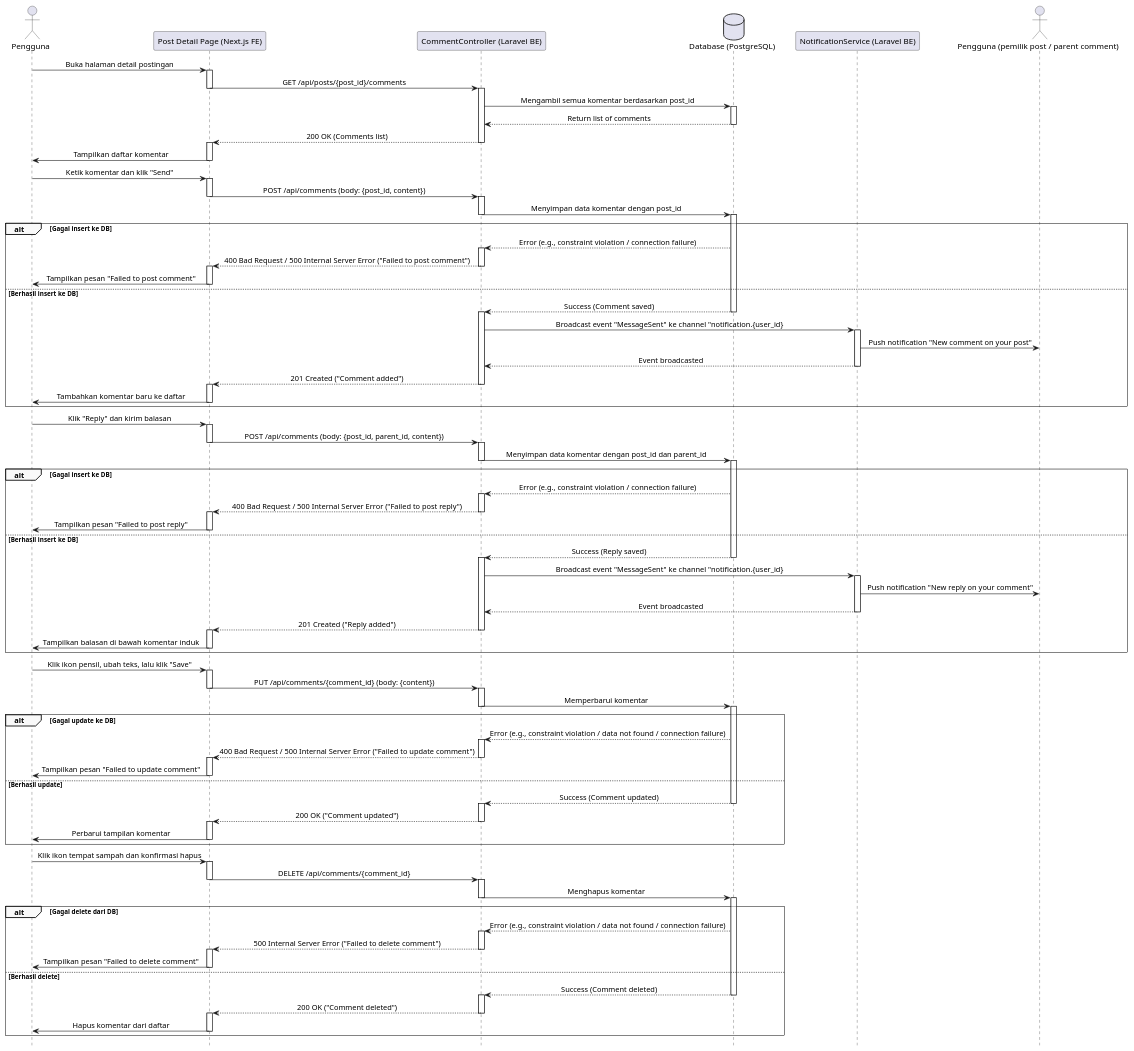
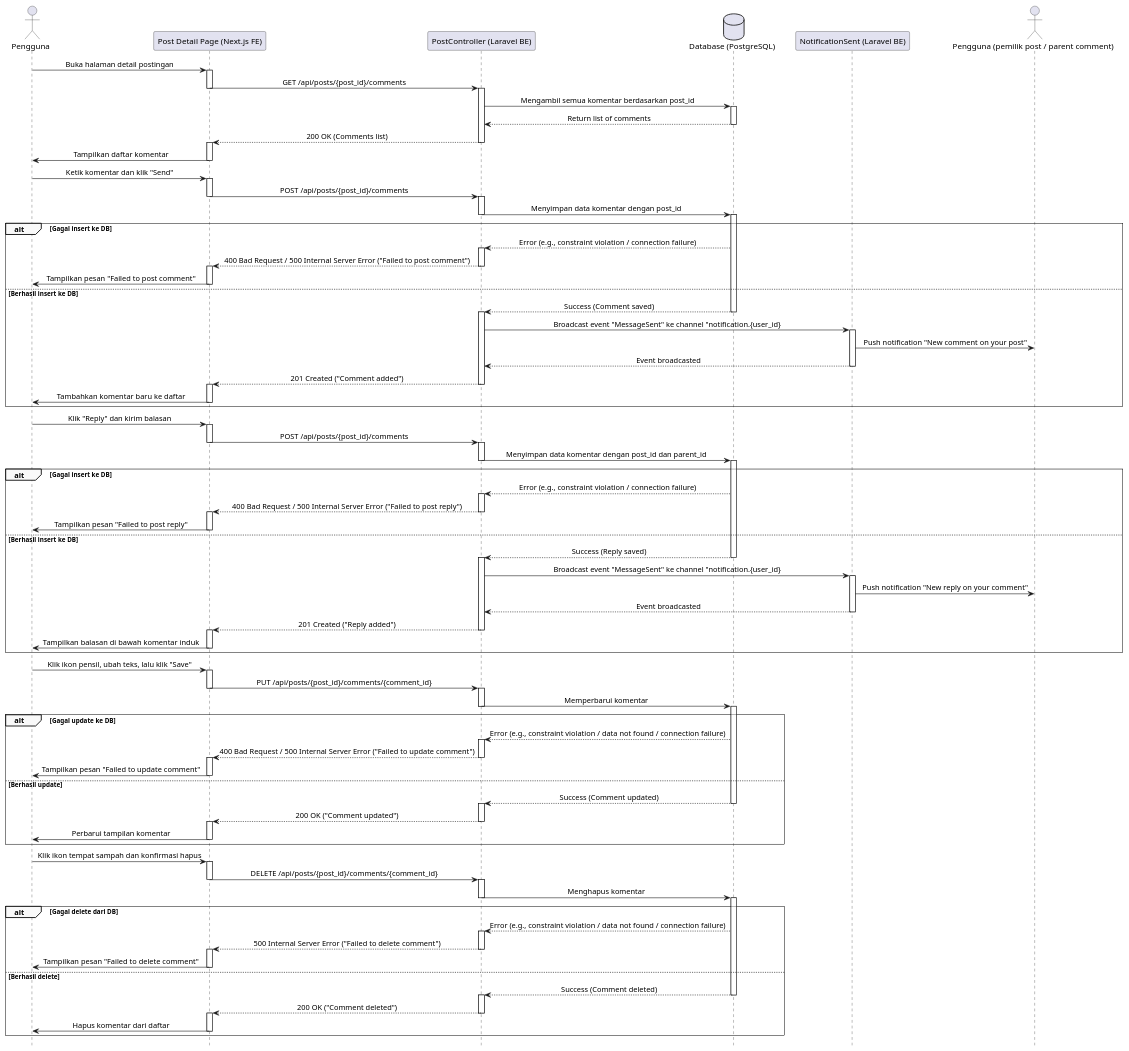
The diagram in sequence/MengelolaKomentar.plantuml (fadhel-rizanda/skripsi-plantuml), drawn with PlantUML before and after one commit. The commit also changed 27 other files, not shown here.

```diff
--- a/sequence/MengelolaKomentar.plantuml
+++ b/sequence/MengelolaKomentar.plantuml
@@ -1,170 +1,170 @@
 @startuml
 ' === Styling ===
 skinparam sequence {
     LifelineFooterStrategy none
     MessageAlign center
     ArrowThickness 1
     ParticipantPadding 20
     GroupBorderThickness 0.5
     GroupBackgroundColor #F9F9F9
 }
 hide footbox
 
 
 ' === Participants ===
 actor Pengguna
 participant "Post Detail Page (Next.js FE)" as FE
-participant "CommentController (Laravel BE)" as BE
+participant "PostController (Laravel BE)" as BE
 database "Database (PostgreSQL)" as DB
-participant "NotificationService (Laravel BE)" as NS
+participant "NotificationSent (Laravel BE)" as NS
 actor "Pengguna (pemilik post / parent comment)" as FE_Adopter
 
 ' === Normal Flow: Membuka Halaman Komentar ===
 Pengguna -> FE: Buka halaman detail postingan
 activate FE
 FE -> BE: GET /api/posts/{post_id}/comments
 deactivate FE
 activate BE
 BE -> DB: Mengambil semua komentar berdasarkan post_id
 activate DB
 DB --> BE: Return list of comments
 deactivate DB
 BE --> FE: 200 OK (Comments list)
 deactivate BE
 activate FE
 FE -> Pengguna: Tampilkan daftar komentar
 deactivate FE
 
 
 ' === Flow 3: Menambah Komentar Baru ===
 Pengguna -> FE: Ketik komentar dan klik "Send"
 activate FE
-FE -> BE: POST /api/comments (body: {post_id, content})
+FE -> BE: POST /api/posts/{post_id}/comments
 deactivate FE
 activate BE
 BE -> DB: Menyimpan data komentar dengan post_id
 deactivate BE
 activate DB
 alt Gagal insert ke DB
     DB --> BE: Error (e.g., constraint violation / connection failure)
     activate BE
     BE --> FE: 400 Bad Request / 500 Internal Server Error ("Failed to post comment")
     deactivate BE
     activate FE
     FE -> Pengguna: Tampilkan pesan "Failed to post comment"
     deactivate FE
 else Berhasil insert ke DB
     DB --> BE: Success (Comment saved)
     deactivate DB
     activate BE
 
     BE -> NS: Broadcast event "MessageSent" ke channel "notification.{user_id}
     activate NS
     NS -> FE_Adopter: Push notification "New comment on your post"
     NS --> BE: Event broadcasted
 
     deactivate NS
 
     BE --> FE: 201 Created ("Comment added")
     deactivate BE
     activate FE
     FE -> Pengguna: Tambahkan komentar baru ke daftar
     deactivate FE
 end
 
 
 ' === Flow 4: Membalas Komentar ===
 Pengguna -> FE: Klik "Reply" dan kirim balasan
 activate FE
-FE -> BE: POST /api/comments (body: {post_id, parent_id, content})
+FE -> BE: POST /api/posts/{post_id}/comments
 deactivate FE
 activate BE
 BE -> DB: Menyimpan data komentar dengan post_id dan parent_id
 deactivate BE
 activate DB
 alt Gagal insert ke DB
     DB --> BE: Error (e.g., constraint violation / connection failure)
     activate BE
 
     BE --> FE: 400 Bad Request / 500 Internal Server Error ("Failed to post reply")
     deactivate BE
     activate FE
     FE -> Pengguna: Tampilkan pesan "Failed to post reply"
     deactivate FE
 else Berhasil insert ke DB
     DB --> BE: Success (Reply saved)
     deactivate DB
     activate BE
 
     BE -> NS: Broadcast event "MessageSent" ke channel "notification.{user_id}
     activate NS
     NS -> FE_Adopter: Push notification "New reply on your comment"
     NS --> BE: Event broadcasted
     deactivate NS
 
     BE --> FE: 201 Created ("Reply added")
     deactivate BE
     activate FE
     FE -> Pengguna: Tampilkan balasan di bawah komentar induk
     deactivate FE
 end
 
 
 ' === Flow 5: Mengedit Komentar ===
 Pengguna -> FE: Klik ikon pensil, ubah teks, lalu klik "Save"
 activate FE
-FE -> BE: PUT /api/comments/{comment_id} (body: {content})
+FE -> BE: PUT /api/posts/{post_id}/comments/{comment_id}
 deactivate FE
 activate BE
 BE -> DB: Memperbarui komentar
 deactivate BE
 activate DB
 alt Gagal update ke DB
     DB --> BE: Error (e.g., constraint violation / data not found / connection failure)
     activate BE
     BE --> FE: 400 Bad Request / 500 Internal Server Error ("Failed to update comment")
     deactivate BE
     activate FE
     FE -> Pengguna: Tampilkan pesan "Failed to update comment"
     deactivate FE
 else Berhasil update
     DB --> BE: Success (Comment updated)
     deactivate DB
     activate BE
     BE --> FE: 200 OK ("Comment updated")
     deactivate BE
     activate FE
     FE -> Pengguna: Perbarui tampilan komentar
     deactivate FE
 end
 
 
 ' === Flow 6: Menghapus Komentar ===
 Pengguna -> FE: Klik ikon tempat sampah dan konfirmasi hapus
 activate FE
-FE -> BE: DELETE /api/comments/{comment_id}
+FE -> BE: DELETE /api/posts/{post_id}/comments/{comment_id}
 deactivate FE
 activate BE
 BE -> DB: Menghapus komentar
 deactivate BE
 activate DB
 alt Gagal delete dari DB
     DB --> BE: Error (e.g., constraint violation / data not found / connection failure)
     activate BE
     BE --> FE: 500 Internal Server Error ("Failed to delete comment")
     deactivate BE
     activate FE
     FE -> Pengguna: Tampilkan pesan "Failed to delete comment"
     deactivate FE
 else Berhasil delete
     DB --> BE: Success (Comment deleted)
     deactivate DB
     activate BE
     BE --> FE: 200 OK ("Comment deleted")
     deactivate BE
     activate FE
     FE -> Pengguna: Hapus komentar dari daftar
     deactivate FE
 end
 
 @enduml
```
